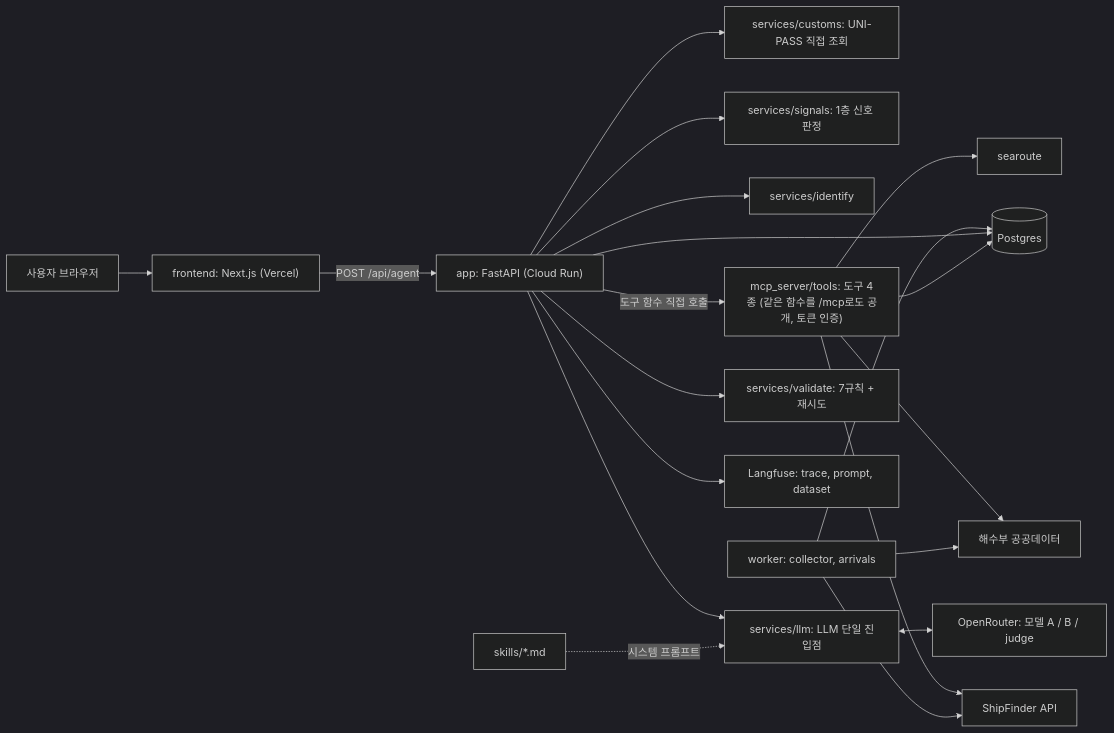
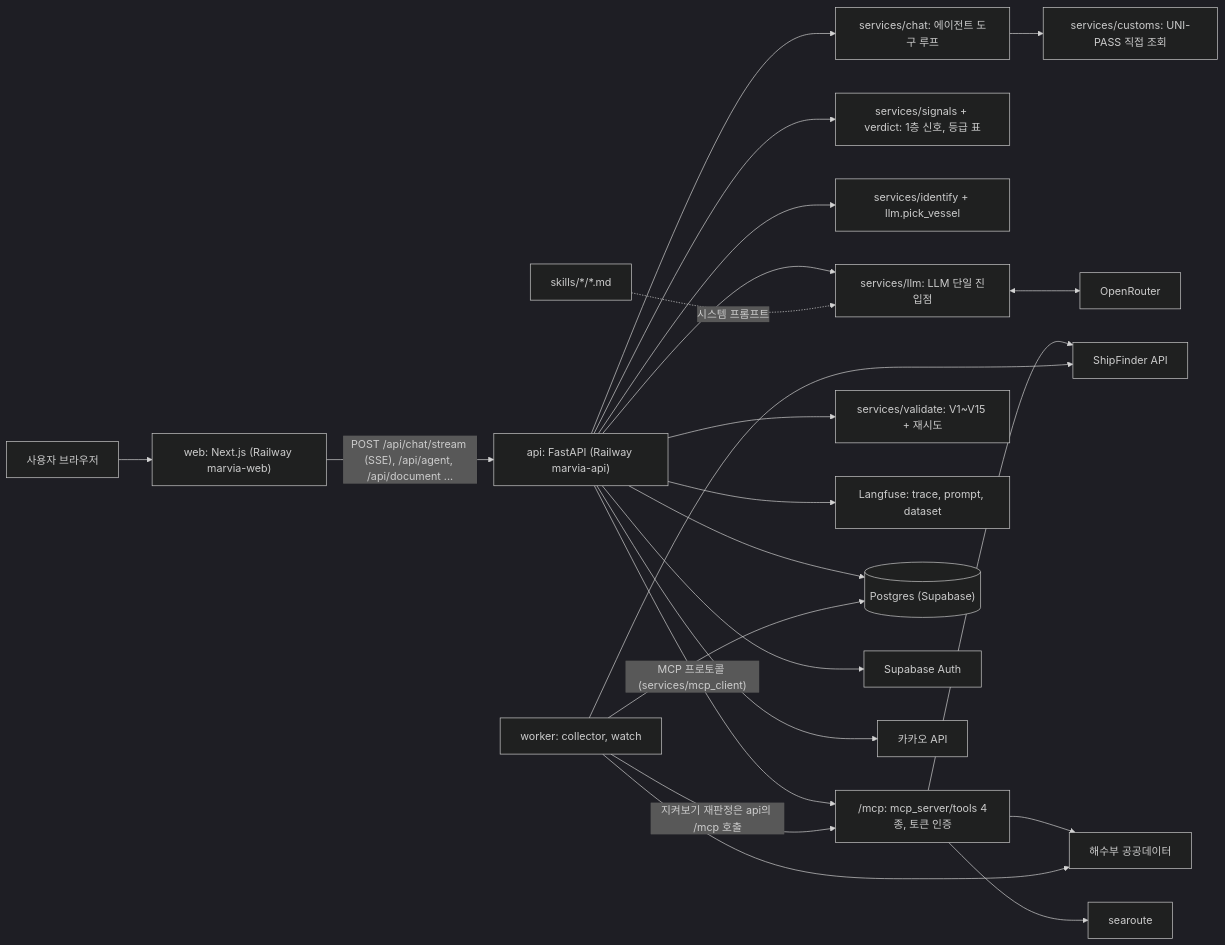
One commit to HJU5022/Marvia changed the first of 3 diagrams in docs/Marvia_SDD.md. Above: the diagram before and after it, drawn with Mermaid (dark theme). The commit also changed other lines of this file and 27 other files, not shown here.

First line of the commit message:
docs: 문서를 지금 코드에 맞춤 (SDD·README·CLAUDE·PRD·작업 리스트·ERD·specs·web 문서, 10-06)

````diff
--- a/docs/Marvia_SDD.md
+++ b/docs/Marvia_SDD.md
@@ -81,22 +151,25 @@
 ```mermaid
 flowchart LR
-  U["사용자 브라우저"] --> W["frontend: Next.js (Vercel)"]
-  W -->|"POST /api/agent"| A["app: FastAPI (Cloud Run)"]
-  A --> CU["services/customs: UNI-PASS 직접 조회"]
-  A --> SG["services/signals: 1층 신호 판정"]
-  A --> ID["services/identify"]
+  U["사용자 브라우저"] --> W["web: Next.js (Railway marvia-web)"]
+  W -->|"POST /api/chat/stream (SSE), /api/agent, /api/document ..."| A["api: FastAPI (Railway marvia-api)"]
+  A --> CH["services/chat: 에이전트 도구 루프"]
+  CH --> CU["services/customs: UNI-PASS 직접 조회"]
+  A --> SG["services/signals + verdict: 1층 신호, 등급 표"]
+  A --> ID["services/identify + llm.pick_vessel"]
   A --> L["services/llm: LLM 단일 진입점"]
-  SK["skills/*.md"] -.->|"시스템 프롬프트"| L
-  L <--> OR["OpenRouter: 모델 A / B / judge"]
-  A -->|"도구 함수 직접 호출"| M["mcp_server/tools: 도구 4종 (같은 함수를 /mcp로도 공개, 토큰 인증)"]
+  SK["skills/*/*.md"] -.->|"시스템 프롬프트"| L
+  L <--> OR["OpenRouter"]
+  A -->|"MCP 프로토콜 (services/mcp_client)"| M["/mcp: mcp_server/tools 4종, 토큰 인증"]
   M --> SF["ShipFinder API"]
   M --> MOF["해수부 공공데이터"]
   M --> SR["searoute"]
-  A --> V["services/validate: 7규칙 + 재시도"]
+  A --> V["services/validate: V1~V15 + 재시도"]
   A --> LF["Langfuse: trace, prompt, dataset"]
-  WK["worker: collector, arrivals"] --> SF
+  A --> DB[("Postgres (Supabase)")]
+  A --> SB["Supabase Auth"]
+  A --> KK["카카오 API"]
+  WK["worker: collector, watch"] --> SF
   WK --> MOF
-  WK --> DB[("Postgres")]
-  A --> DB
-  M --> DB
+  WK -->|"지켜보기 재판정은 api의 /mcp 호출"| M
+  WK --> DB
 ```
````
